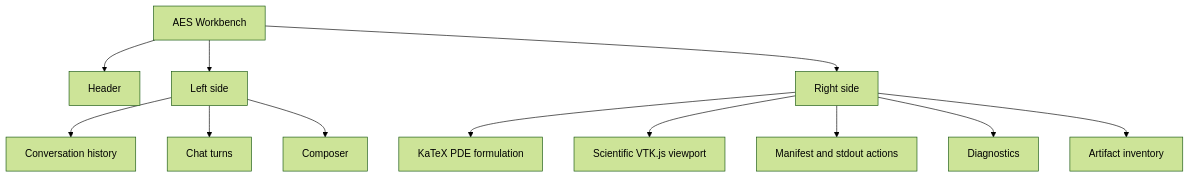
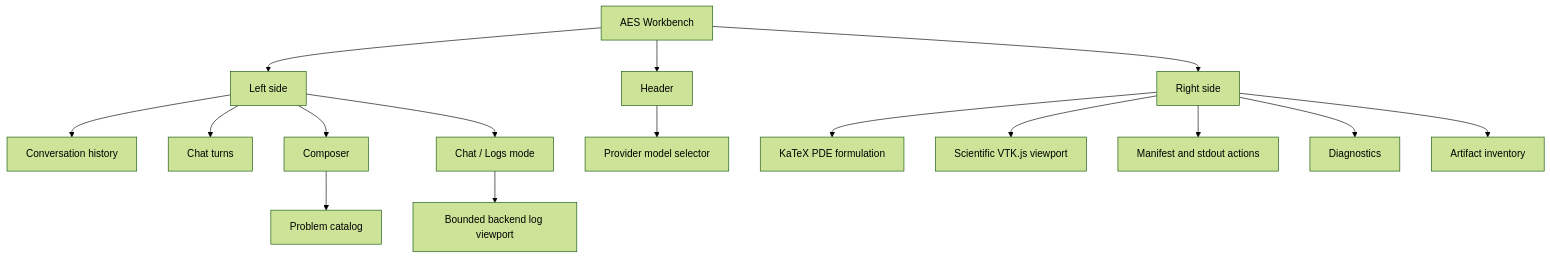
Before and after one commit to RadmirG/AES: the second of 10 diagrams in web-ui/architecture.md, drawn with Mermaid (forest theme). The commit also changed other lines of this file and 24 other files, not shown here.

````diff
--- a/web-ui/architecture.md
+++ b/web-ui/architecture.md
@@ -56,14 +62,18 @@
 ```mermaid
 flowchart TD
     A["AES Workbench"] --> B["Header"]
     A --> C["Left side"]
     A --> D["Right side"]
     C --> E["Conversation history"]
     C --> F["Chat turns"]
     C --> G["Composer"]
+    C --> M["Chat / Logs mode"]
+    G --> N["Problem catalog"]
+    B --> O["Provider model selector"]
+    M --> P["Bounded backend log viewport"]
     D --> H["KaTeX PDE formulation"]
     D --> I["Scientific VTK.js viewport"]
     D --> J["Manifest and stdout actions"]
     D --> K["Diagnostics"]
     D --> L["Artifact inventory"]
 ```
````
